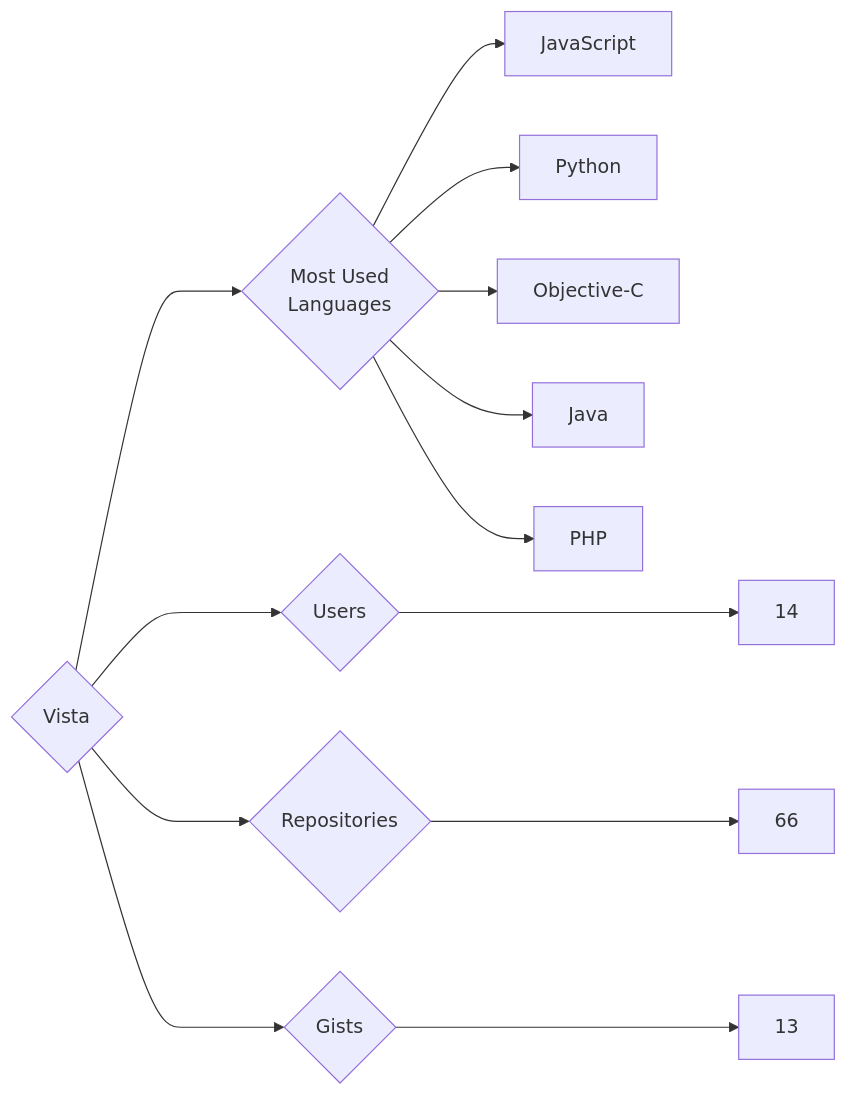
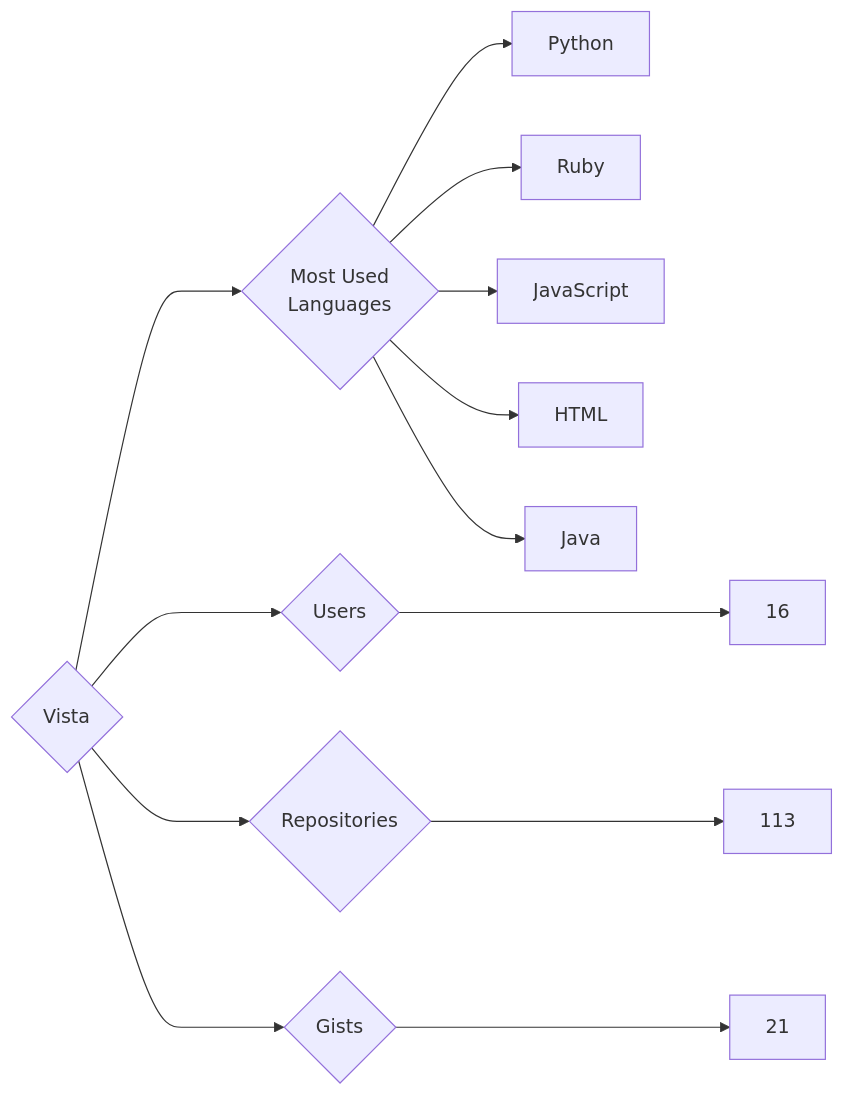
Before and after one commit to trickest/insiders: the diagram in targets/Vista/README.md, drawn with Mermaid. The commit also changed 940 other files, not shown here.

````diff
--- a/targets/Vista/README.md
+++ b/targets/Vista/README.md
@@ -3,13 +3,13 @@
 ```mermaid
 graph LR
 COMPANY_NAME{Vista}
-COMPANY_NAME ---> U{Users} ---> UN[14]
-COMPANY_NAME ---> R{Repositories} ---> RN[66]
-COMPANY_NAME ---> G{Gists} ---> GN[13]
+COMPANY_NAME ---> U{Users} ---> UN[16]
+COMPANY_NAME ---> R{Repositories} ---> RN[113]
+COMPANY_NAME ---> G{Gists} ---> GN[21]
 COMPANY_NAME ---> ML{Most Used<br>Languages}
+ML --> Python[Python]
+ML --> Ruby[Ruby]
 ML --> JavaScript[JavaScript]
-ML --> Python[Python]
-ML --> Objective-C[Objective-C]
+ML --> HTML[HTML]
 ML --> Java[Java]
-ML --> PHP[PHP]
 ```
````
